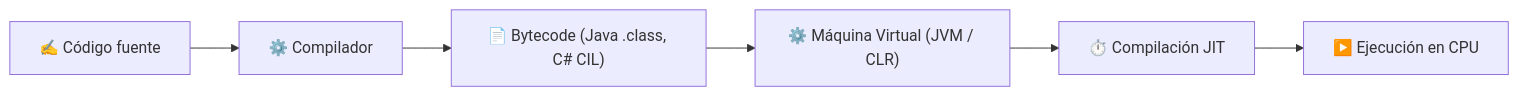
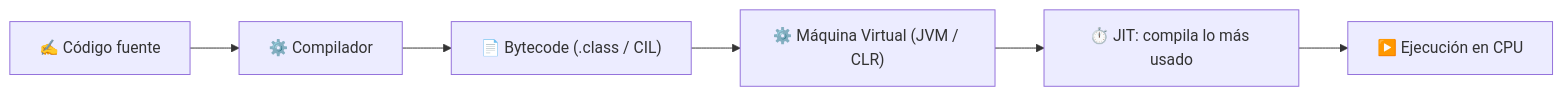
One commit to aitorventura/entornos-de-desarrollo changed the third of 7 diagrams in docs/tema1/codigo.md. Above: the diagram before and after it, drawn with Mermaid. The commit also changed other lines of this file and 348 other files, not shown here.

````diff
--- a/docs/tema1/codigo.md
+++ b/docs/tema1/codigo.md
@@ -48,8 +41,8 @@
     ```mermaid
     flowchart LR
     SRC["✍️ Código fuente"] --> COMP["⚙️ Compilador"]
-    COMP --> BYTE["📄 Bytecode (Java .class, C# CIL)"]
+    COMP --> BYTE["📄 Bytecode (.class / CIL)"]
     BYTE --> VM["⚙️ Máquina Virtual (JVM / CLR)"]
-    VM --> JIT["⏱️ Compilación JIT"]
+    VM --> JIT["⏱️ JIT: compila lo más usado"]
     JIT --> RUN["▶️ Ejecución en CPU"]
     ```
````
